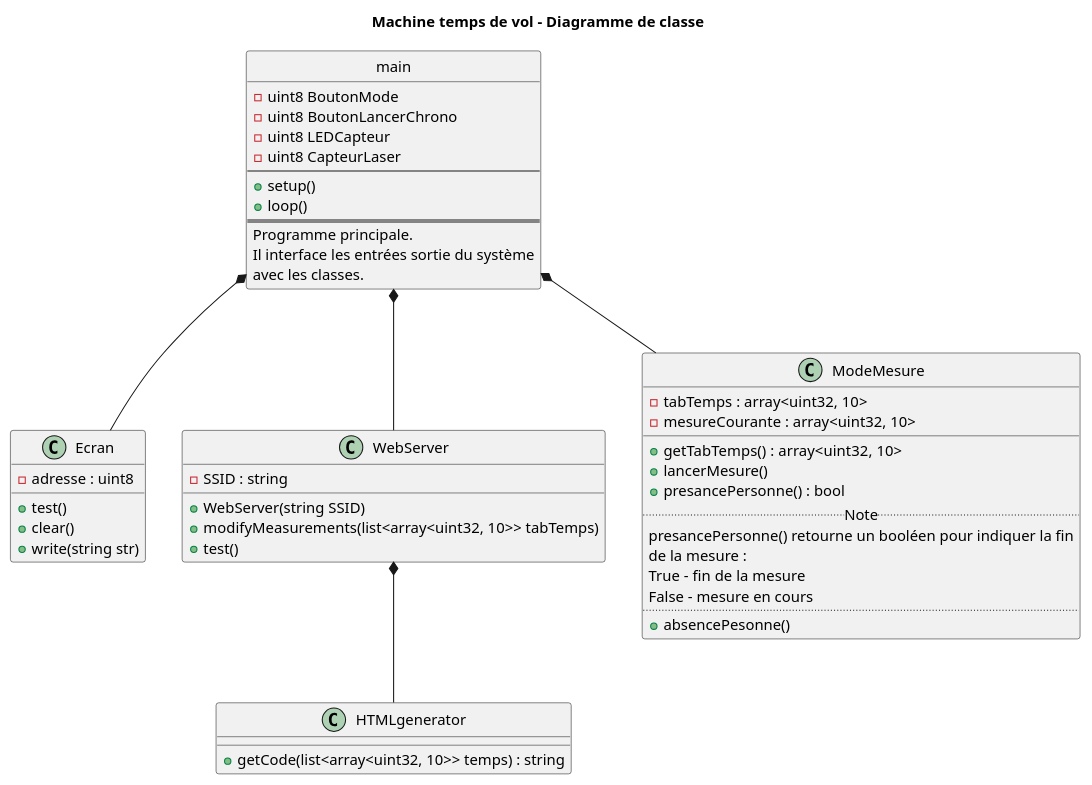
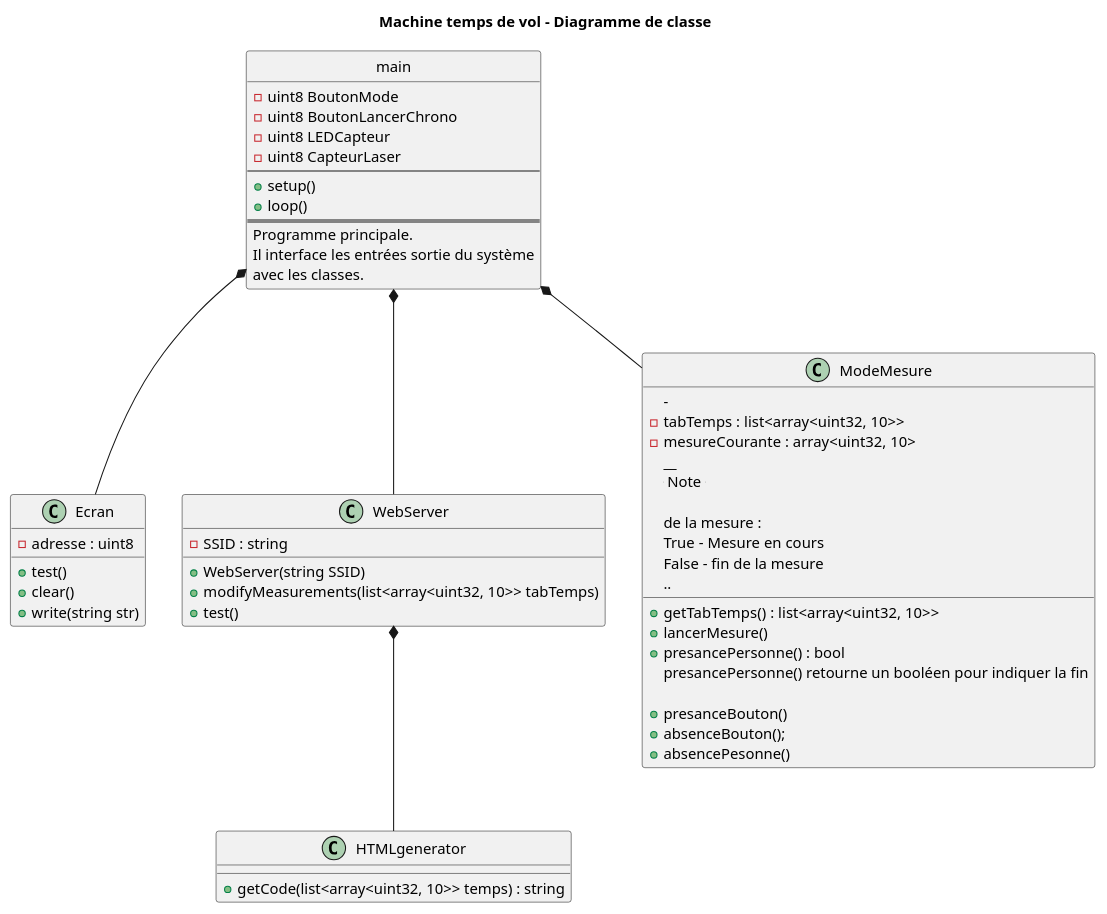
Before and after one commit to alexdesaint/TER: the diagram in data/ClassDiagram.puml, drawn with PlantUML. The commit also changed 3 other files, not shown here.

```diff
--- a/data/ClassDiagram.puml
+++ b/data/ClassDiagram.puml
@@ -1,61 +1,65 @@
 @startuml
 
 title Machine temps de vol - Diagramme de classe
 
 class Ecran { 
     -adresse : uint8
     +test()
     +clear()
     +write(string str)
 } 
 
 class HTMLgenerator { 
     +getCode(list<array<uint32, 10>> temps) : string 
 }
 
 class WebServer {
     -SSID : string
     +WebServer(string SSID)
     +modifyMeasurements(list<array<uint32, 10>> tabTemps)
     +test()
 } 
 
 class ModeMesure{ 
-    -tabTemps : array<uint32, 10>
+	-
+    -tabTemps : list<array<uint32, 10>>
     -mesureCourante : array<uint32, 10>
     __
-    +getTabTemps() : array<uint32, 10>
+    +getTabTemps() : list<array<uint32, 10>>
     +lancerMesure()
     +presancePersonne() : bool
     .. Note ..
     presancePersonne() retourne un booléen pour indiquer la fin
+	
+	+presanceBouton()
+	+absenceBouton();
     de la mesure :
-    True - fin de la mesure
-    False - mesure en cours
+    True - Mesure en cours
+    False - fin de la mesure
     ..
     +absencePesonne()
 }
 
 class main {
     -uint8 BoutonMode
     -uint8 BoutonLancerChrono
     -uint8 LEDCapteur
     -uint8 CapteurLaser
     --
     +setup()
     +loop()
     ==
     Programme principale.
     Il interface les entrées sortie du système
     avec les classes.
 }
 
 WebServer*--HTMLgenerator
 
 main*--Ecran
 main*--WebServer
 main*--ModeMesure
 
 hide main circle
 
 @enduml
```
